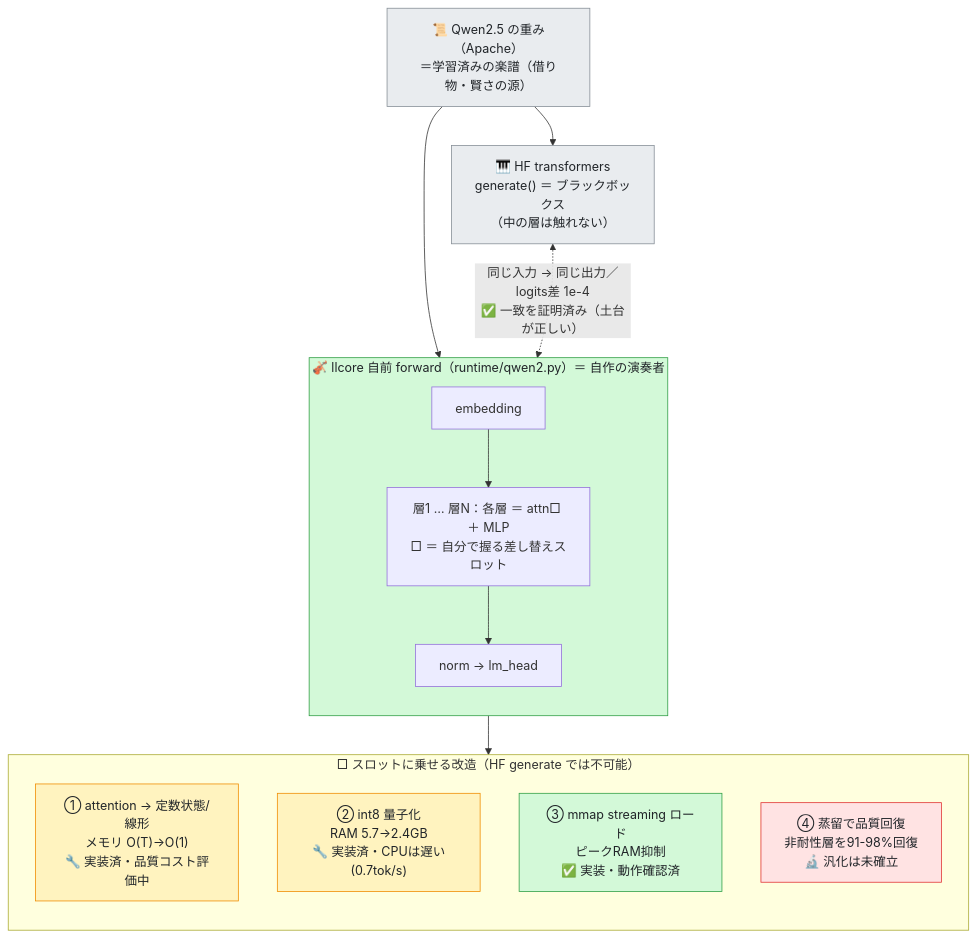
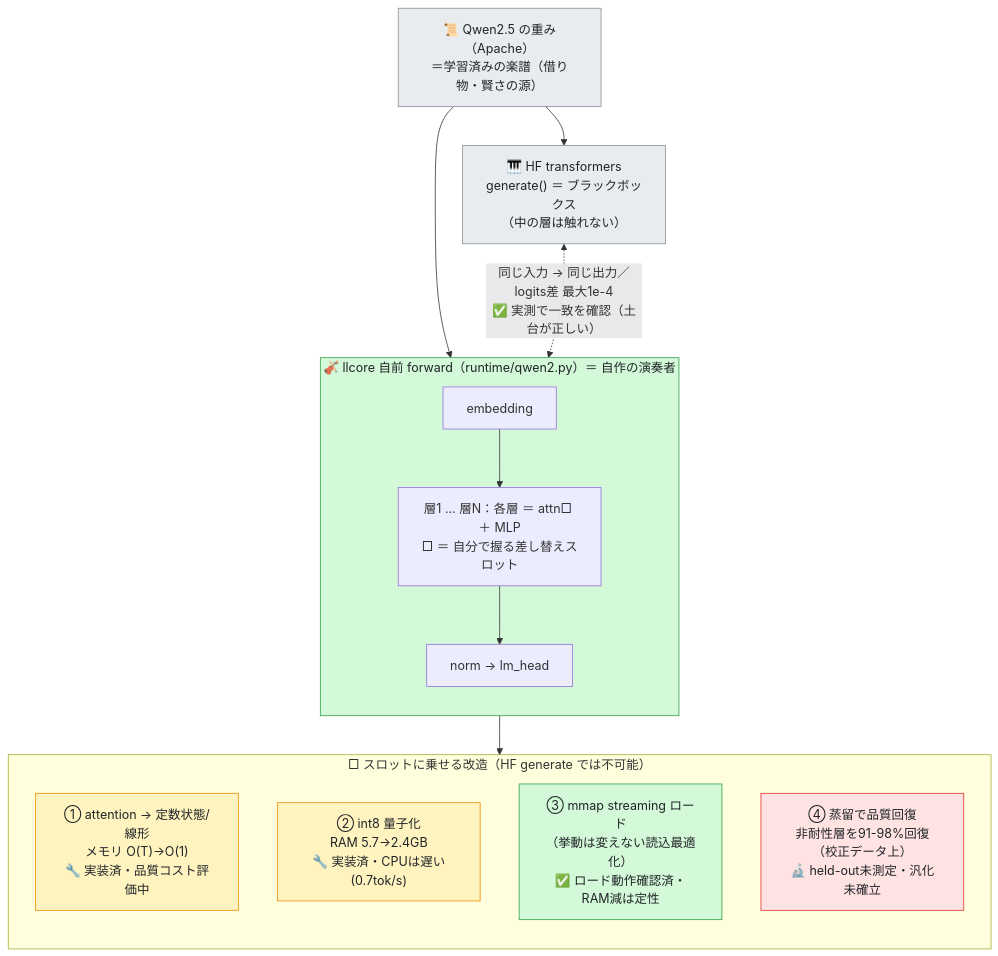
Before and after one commit to furuse-kazufumi/fullsense: the diagram in docs/articles/drafts/QIITA_#43_honest_proxy_ja.md, drawn with Mermaid. The commit also changed other lines of this file, not shown here.

````diff
--- a/docs/articles/drafts/QIITA_#43_honest_proxy_ja.md
+++ b/docs/articles/drafts/QIITA_#43_honest_proxy_ja.md
@@ -467,28 +467,28 @@
 ```mermaid
 flowchart TB
     W["📜 Qwen2.5 の重み（Apache）<br/>＝学習済みの楽譜（借り物・賢さの源）"]
     W --> HF
     W --> NAT
     HF["🎹 HF transformers<br/>generate() ＝ ブラックボックス<br/>（中の層は触れない）"]
     subgraph NAT["🎻 llcore 自前 forward（runtime/qwen2.py）＝ 自作の演奏者"]
         direction TB
         E["embedding"] --> LY["層1 … 層N：各層 ＝ attn□ ＋ MLP<br/>□ ＝ 自分で握る差し替えスロット"] --> O["norm → lm_head"]
     end
-    HF <-.->|"同じ入力 → 同じ出力／logits差 1e-4<br/>✅ 一致を証明済み（土台が正しい）"| NAT
+    HF <-.->|"同じ入力 → 同じ出力／logits差 最大1e-4<br/>✅ 実測で一致を確認（土台が正しい）"| NAT
     NAT --> MOD
     subgraph MOD["□ スロットに乗せる改造（HF generate では不可能）"]
         direction TB
         M1["① attention → 定数状態/線形<br/>メモリ O(T)→O(1)<br/>🔧 実装済・品質コスト評価中"]
         M2["② int8 量子化<br/>RAM 5.7→2.4GB<br/>🔧 実装済・CPUは遅い(0.7tok/s)"]
-        M3["③ mmap streaming ロード<br/>ピークRAM抑制<br/>✅ 実装・動作確認済"]
-        M4["④ 蒸留で品質回復<br/>非耐性層を91-98%回復<br/>🔬 汎化は未確立"]
+        M3["③ mmap streaming ロード<br/>（挙動は変えない読込最適化）<br/>✅ ロード動作確認済・RAM減は定性"]
+        M4["④ 蒸留で品質回復<br/>非耐性層を91-98%回復（校正データ上）<br/>🔬 held-out未測定・汎化未確立"]
     end
     classDef borrowed fill:#e9ecef,stroke:#868e96,color:#212529
     classDef done fill:#d3f9d8,stroke:#2f9e44,color:#212529
     classDef wip fill:#fff3bf,stroke:#f08c00,color:#212529
     classDef research fill:#ffe3e3,stroke:#e03131,color:#212529
     class W,HF borrowed
     class NAT,M3 done
     class M1,M2 wip
     class M4 research
 ```
````
